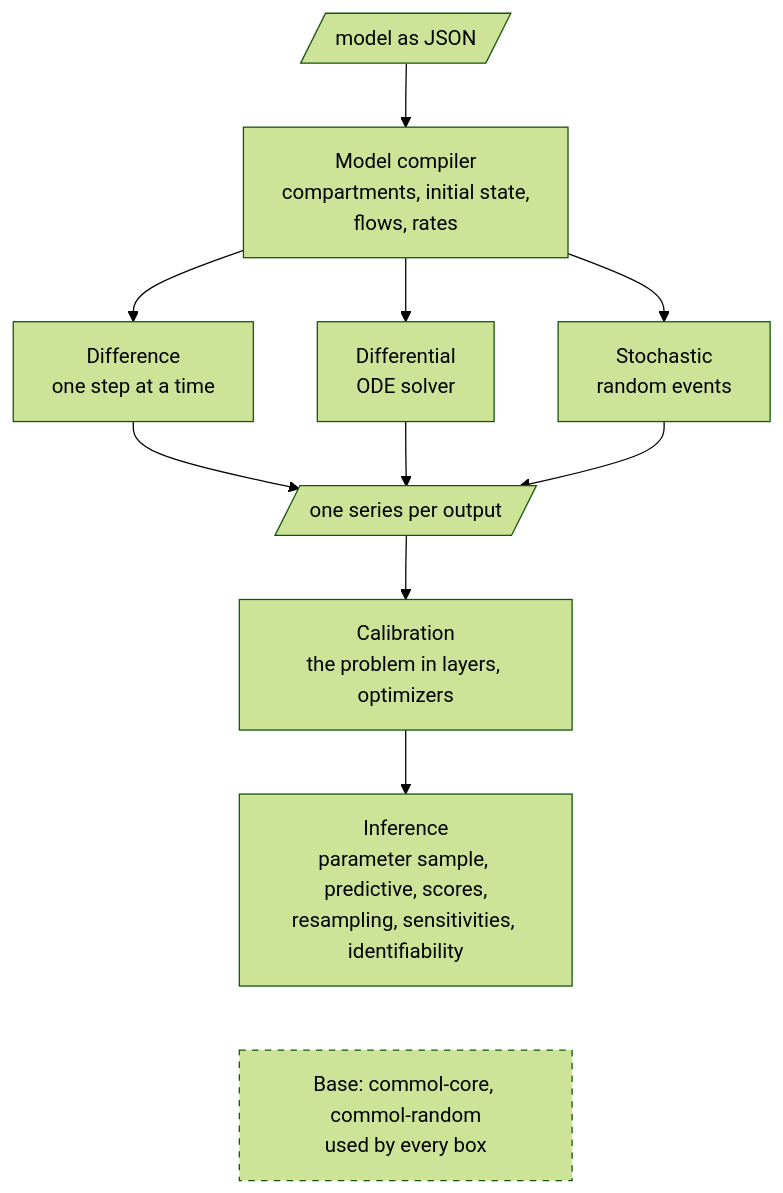
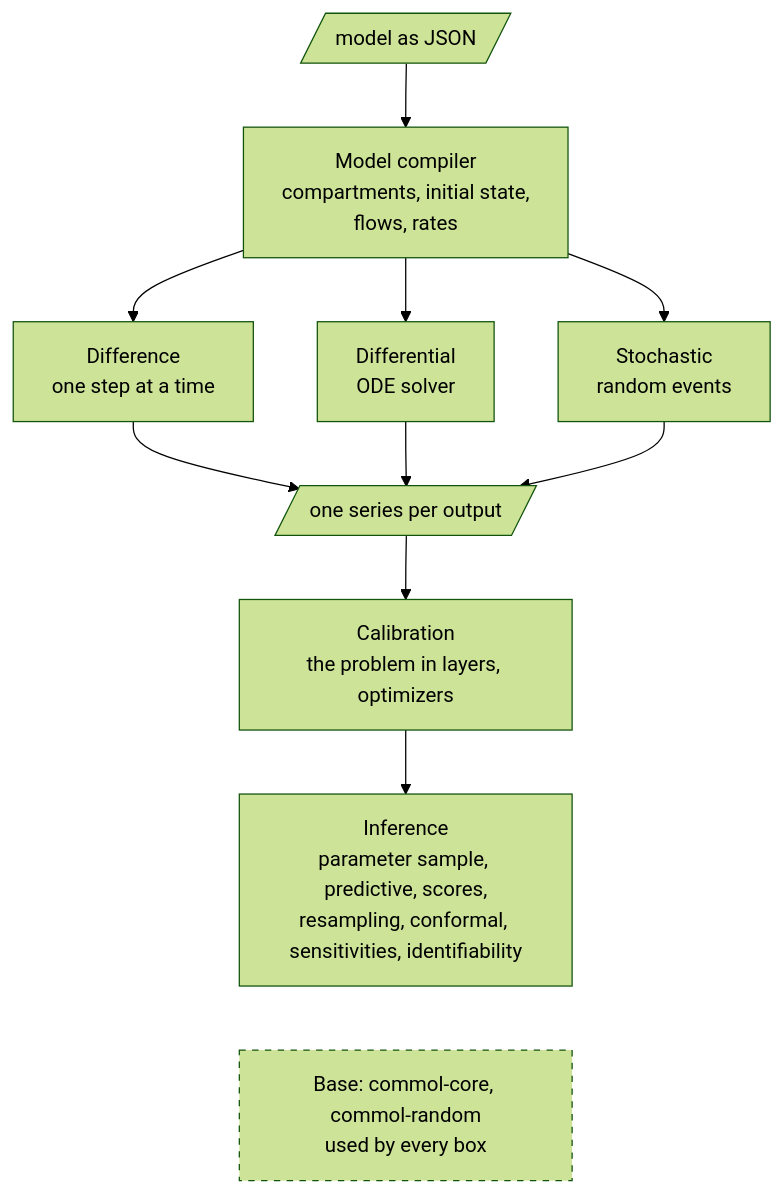
Before and after one commit to MUNQU/commol: the second of 3 diagrams in docs/codebase/architecture.md, drawn with Mermaid (forest theme). The commit also changed other lines of this file and 12 other files, not shown here.

Commit message:
docs(inference): document conformal prediction intervals

````diff
--- a/docs/codebase/architecture.md
+++ b/docs/codebase/architecture.md
@@ -47,20 +47,20 @@
 ```mermaid
 flowchart TB
     J[/model as JSON/]
     M["Model compiler<br/>compartments, initial state,<br/>flows, rates"]
     E1["Difference<br/>one step at a time"]
     E2["Differential<br/>ODE solver"]
     E3["Stochastic<br/>random events"]
     O[/one series per output/]
     C["Calibration<br/>the problem in layers, optimizers"]
-    I["Inference<br/>parameter sample, predictive, scores,<br/>resampling, sensitivities, identifiability"]
+    I["Inference<br/>parameter sample, predictive, scores,<br/>resampling, conformal, sensitivities, identifiability"]
     F["Base: commol-core, commol-random<br/>used by every box"]
     J --> M
     M --> E1 & E2 & E3
     E1 & E2 & E3 --> O
     O --> C
     C --> I
     I ~~~ F
     classDef base stroke-dasharray: 5 5
     class F base
 ```
````
